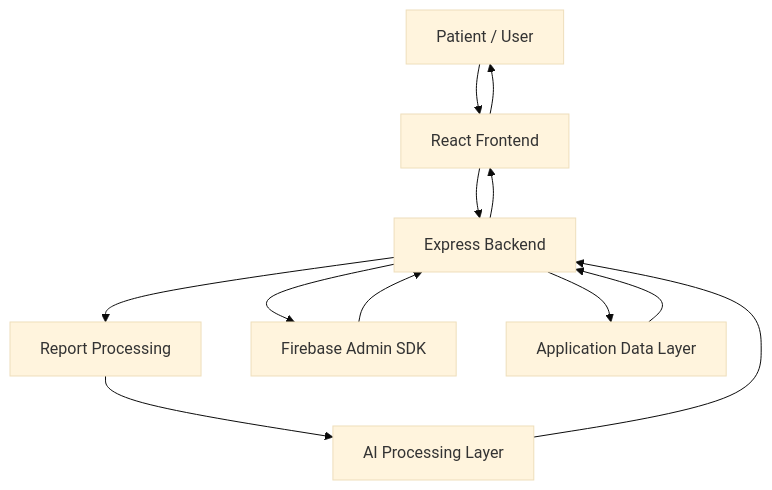
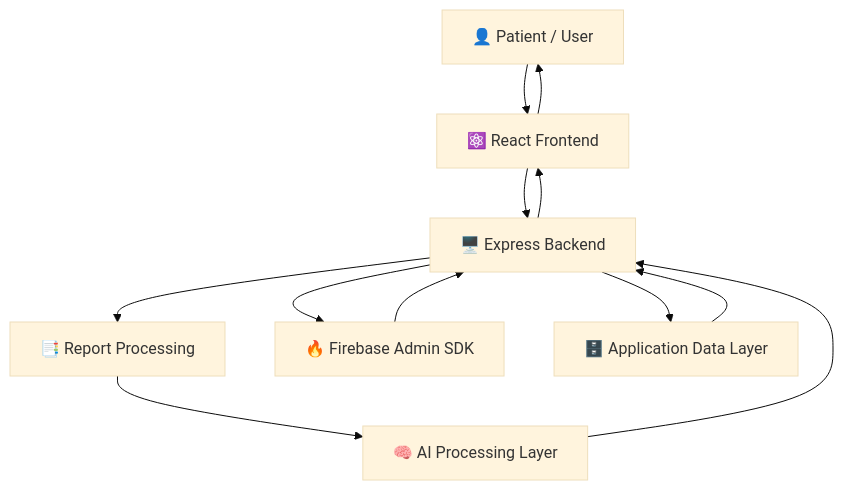
The second of 3 diagrams in README.md (mohammadjubaid76-collab/Med_Decoder), drawn with Mermaid (base theme) before and after one commit. The commit also changed other lines of this file, not shown here.

````diff
--- a/README.md
+++ b/README.md
@@ -158,14 +176,22 @@
 ```mermaid
 flowchart TB
-    U["Patient / User"] --> F["React Frontend"]
-    F --> A["Express Backend"]
-    A --> R["Report Processing"]
-    R --> AI["AI Processing Layer"]
-    A --> FB["Firebase Admin SDK"]
-    A --> D["Application Data Layer"]
+    U["👤 Patient / User"]
+    F["⚛️ React Frontend"]
+    A["🖥️ Express Backend"]
+    R["📑 Report Processing"]
+    AI["🧠 AI Processing Layer"]
+    FB["🔥 Firebase Admin SDK"]
+    D["🗄️ Application Data Layer"]
+
+    U --> F
+    F --> A
+    A --> R
+    R --> AI
+    A --> FB
+    A --> D
     AI --> A
     FB --> A
     D --> A
     A --> F
     F --> U
 ```
````
